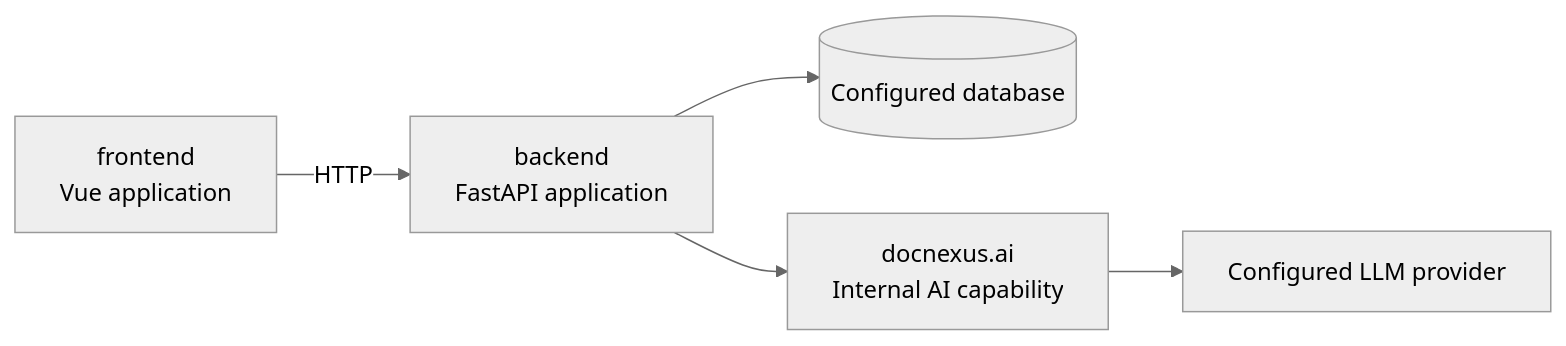
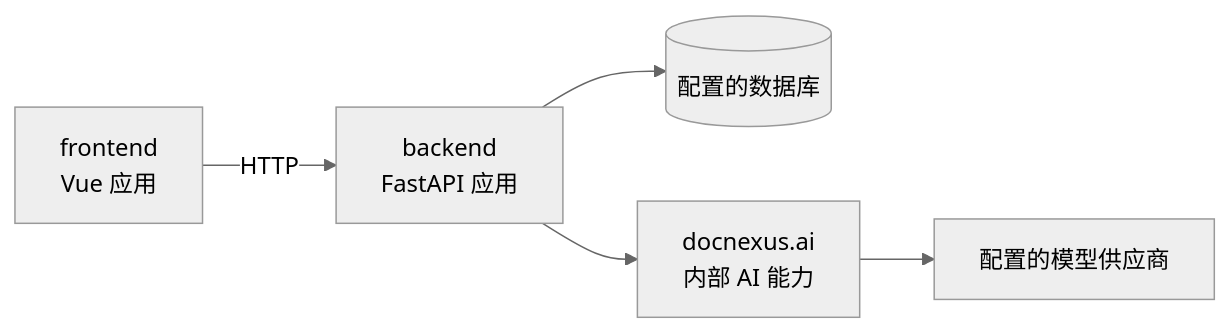
Before and after one commit to Taylor-Lai/QuintAI: the diagram in docs/architecture/overview.md, drawn with Mermaid (neutral theme). The commit also changed other lines of this file and 18 other files, not shown here.

````diff
--- a/docs/architecture/overview.md
+++ b/docs/architecture/overview.md
@@ -5,7 +5,7 @@
 ```mermaid
 flowchart LR
-    Web["frontend<br/>Vue application"] -->|HTTP| API["backend<br/>FastAPI application"]
-    API --> DB[("Configured database")]
-    API --> AI["docnexus.ai<br/>Internal AI capability"]
-    AI --> LLM["Configured LLM provider"]
+    Web["frontend<br/>Vue 应用"] -->|HTTP| API["backend<br/>FastAPI 应用"]
+    API --> DB[("配置的数据库")]
+    API --> AI["docnexus.ai<br/>内部 AI 能力"]
+    AI --> LLM["配置的模型供应商"]
 ```
````
